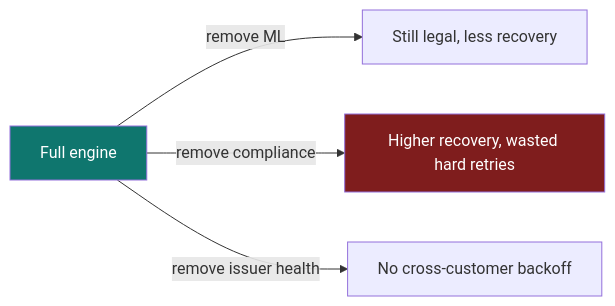
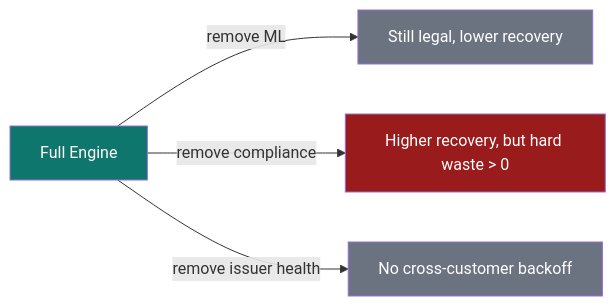
Before and after one commit to dhanwanth-dev/railwise: the third of 3 diagrams in README.md, drawn with Mermaid. The commit also changed other lines of this file and 6 other files, not shown here.

````diff
--- a/README.md
+++ b/README.md
@@ -172,8 +243,10 @@
 ```mermaid
 flowchart LR
-  A[Full engine] -->|remove ML| B[Still legal, less recovery]
-  A -->|remove compliance| C[Higher recovery, wasted hard retries]
-  A -->|remove issuer health| D[No cross-customer backoff]
-  style A fill:#0f766e,color:#fff
-  style C fill:#7f1d1d,color:#fff
+    A["Full Engine"] -- "remove ML" --> B["Still legal, lower recovery"]
+    A -- "remove compliance" --> C["Higher recovery, but hard waste > 0"]
+    A -- "remove issuer health" --> D["No cross-customer backoff"]
+    style A fill:#0f766e,color:#fff
+    style C fill:#991b1b,color:#fff
+    style B fill:#6b7280,color:#fff
+    style D fill:#6b7280,color:#fff
 ```
````
